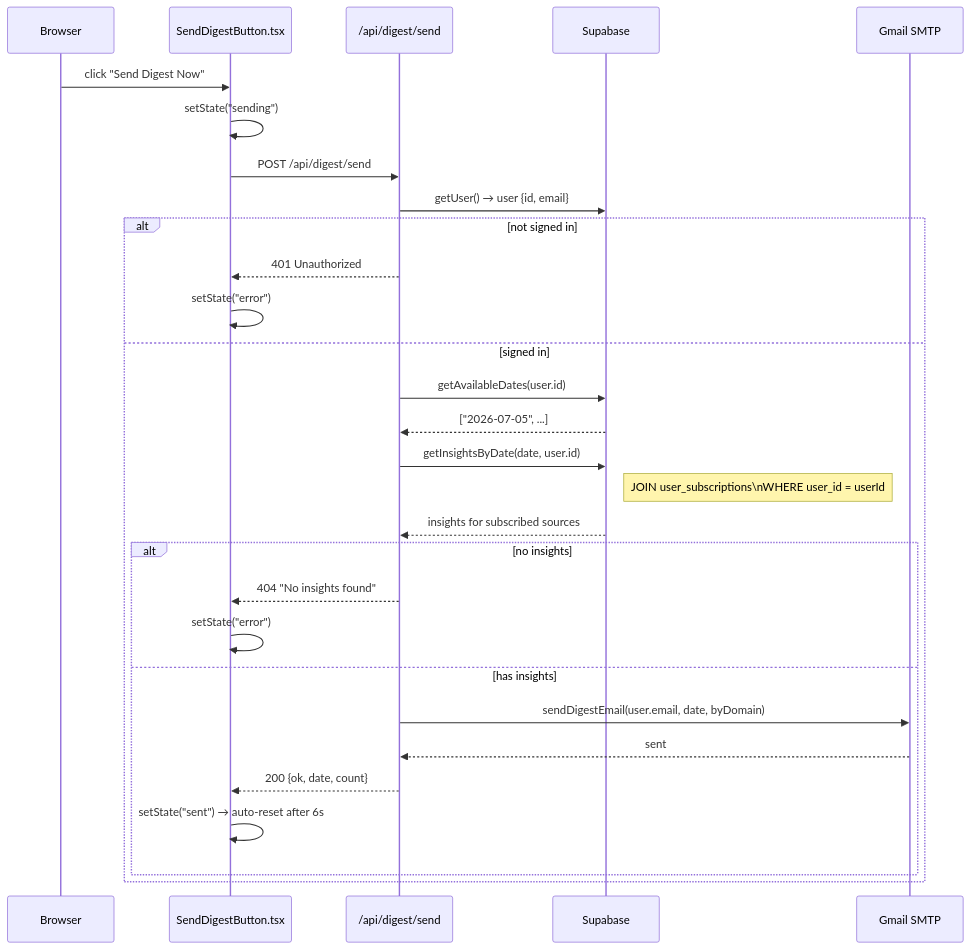
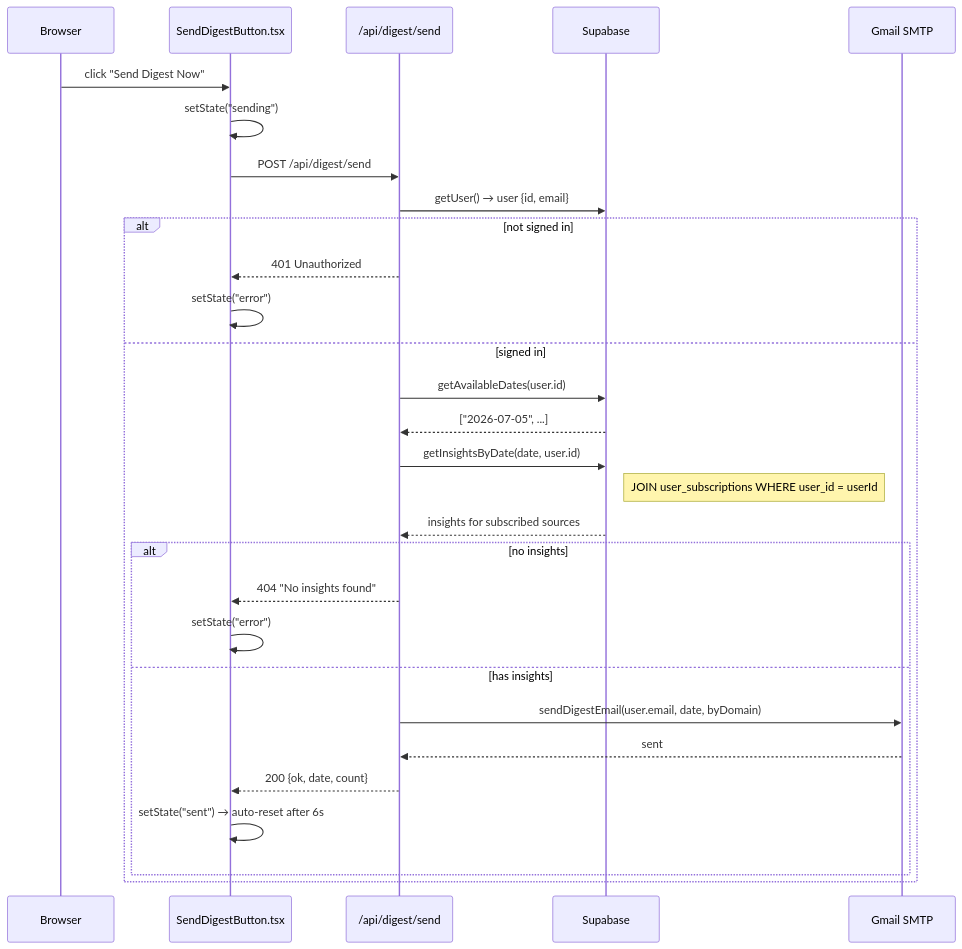
One commit to vtghub/PodcastsSummarizer changed the eighth of 17 diagrams in docs/request-workflow.md. Above: the diagram before and after it, drawn with Mermaid. The commit also changed other lines of this file, not shown here.

First line of the commit message:
fix: resolve Mermaid parse errors in request-workflow diagrams

````diff
--- a/docs/request-workflow.md
+++ b/docs/request-workflow.md
@@ -213,32 +213,32 @@
 ```mermaid
 sequenceDiagram
     participant B as Browser
     participant BTN as SendDigestButton.tsx
     participant API as /api/digest/send
     participant DB as Supabase
     participant MAIL as Gmail SMTP
 
     B->>BTN: click "Send Digest Now"
     BTN->>BTN: setState("sending")
     BTN->>API: POST /api/digest/send
     API->>DB: getUser() → user {id, email}
     alt not signed in
         API-->>BTN: 401 Unauthorized
         BTN->>BTN: setState("error")
     else signed in
         API->>DB: getAvailableDates(user.id)
         DB-->>API: ["2026-07-05", ...]
         API->>DB: getInsightsByDate(date, user.id)
-        Note right of DB: JOIN user_subscriptions\nWHERE user_id = userId
+        Note right of DB: JOIN user_subscriptions WHERE user_id = userId
         DB-->>API: insights for subscribed sources
         alt no insights
             API-->>BTN: 404 "No insights found"
             BTN->>BTN: setState("error")
         else has insights
             API->>MAIL: sendDigestEmail(user.email, date, byDomain)
             MAIL-->>API: sent
             API-->>BTN: 200 {ok, date, count}
             BTN->>BTN: setState("sent") → auto-reset after 6s
         end
     end
 ```
````
